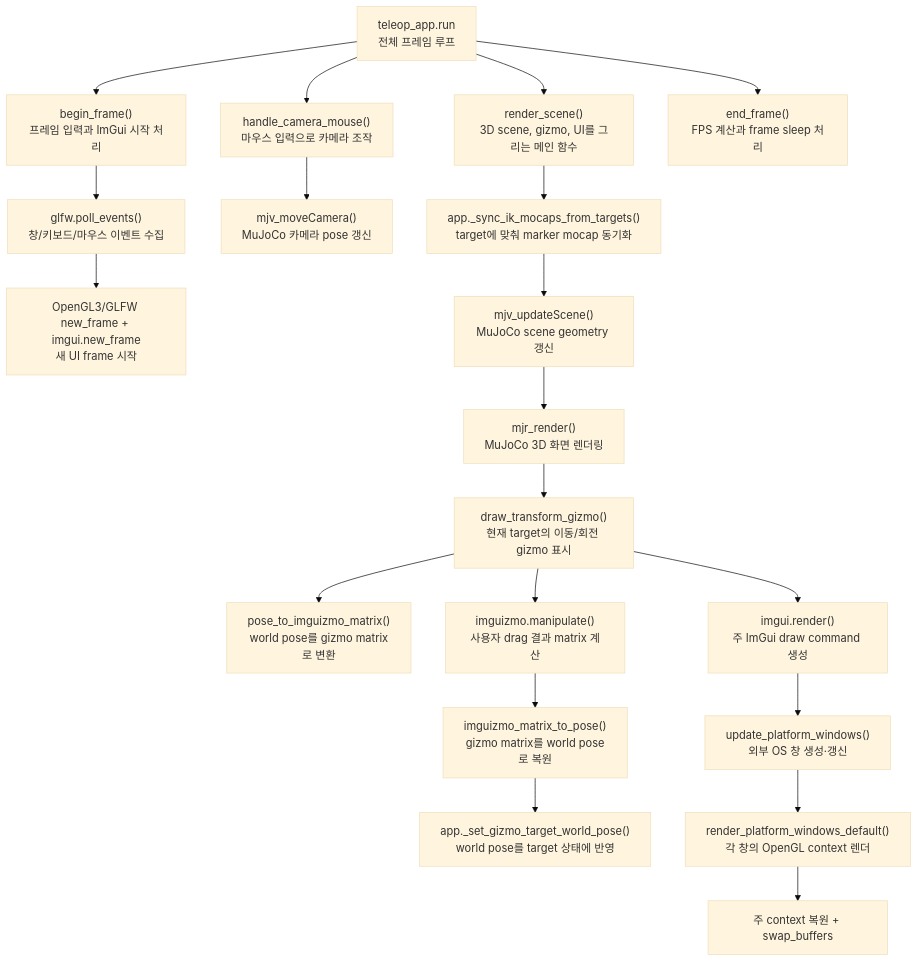
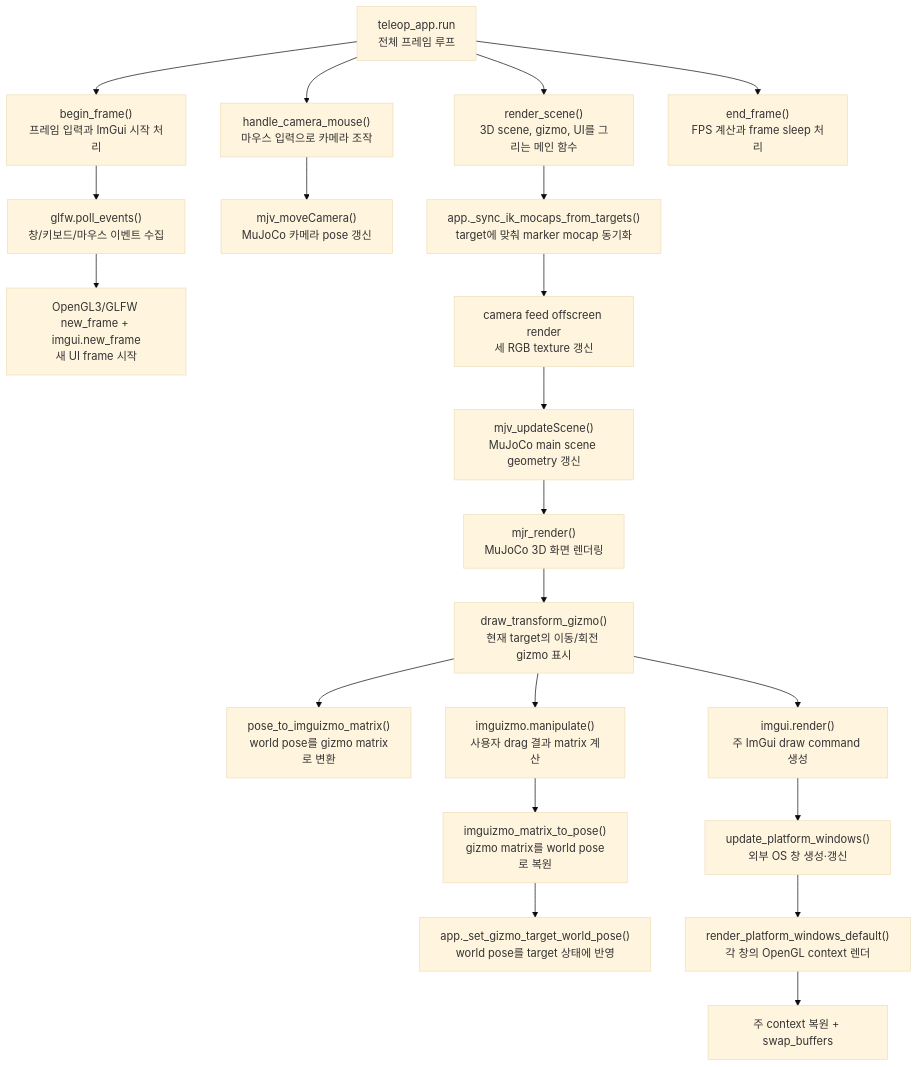
Before and after one commit to ggh-png/ffw-sh5-grasp: the diagram in docs/guide/teleop_render.md, drawn with Mermaid (base theme). The commit also changed other lines of this file and 14 other files, not shown here.

````diff
--- a/docs/guide/teleop_render.md
+++ b/docs/guide/teleop_render.md
@@ -36,22 +38,23 @@
 ```mermaid
 flowchart TD
     A["teleop_app.run<br>전체 프레임 루프"] --> B["begin_frame()<br>프레임 입력과 ImGui 시작 처리"]
     B --> C["glfw.poll_events()<br>창/키보드/마우스 이벤트 수집"]
     C --> D["OpenGL3/GLFW new_frame + imgui.new_frame<br>새 UI frame 시작"]
     A --> E["handle_camera_mouse()<br>마우스 입력으로 카메라 조작"]
     E --> F["mjv_moveCamera()<br>MuJoCo 카메라 pose 갱신"]
     A --> G["render_scene()<br>3D scene, gizmo, UI를 그리는 메인 함수"]
     G --> H["app._sync_ik_mocaps_from_targets()<br>target에 맞춰 marker mocap 동기화"]
-    H --> I["mjv_updateScene()<br>MuJoCo scene geometry 갱신"]
+    H --> CF["camera feed offscreen render<br>세 RGB texture 갱신"]
+    CF --> I["mjv_updateScene()<br>MuJoCo main scene geometry 갱신"]
     I --> J["mjr_render()<br>MuJoCo 3D 화면 렌더링"]
     J --> K["draw_transform_gizmo()<br>현재 target의 이동/회전 gizmo 표시"]
     K --> L["pose_to_imguizmo_matrix()<br>world pose를 gizmo matrix로 변환"]
     K --> M["imguizmo.manipulate()<br>사용자 drag 결과 matrix 계산"]
     M --> N["imguizmo_matrix_to_pose()<br>gizmo matrix를 world pose로 복원"]
     N --> O["app._set_gizmo_target_world_pose()<br>world pose를 target 상태에 반영"]
     K --> P["imgui.render()<br>주 ImGui draw command 생성"]
     P --> Q["update_platform_windows()<br>외부 OS 창 생성·갱신"]
     Q --> S["render_platform_windows_default()<br>각 창의 OpenGL context 렌더"]
     S --> T["주 context 복원 + swap_buffers"]
     A --> R["end_frame()<br>FPS 계산과 frame sleep 처리"]
 ```
````
